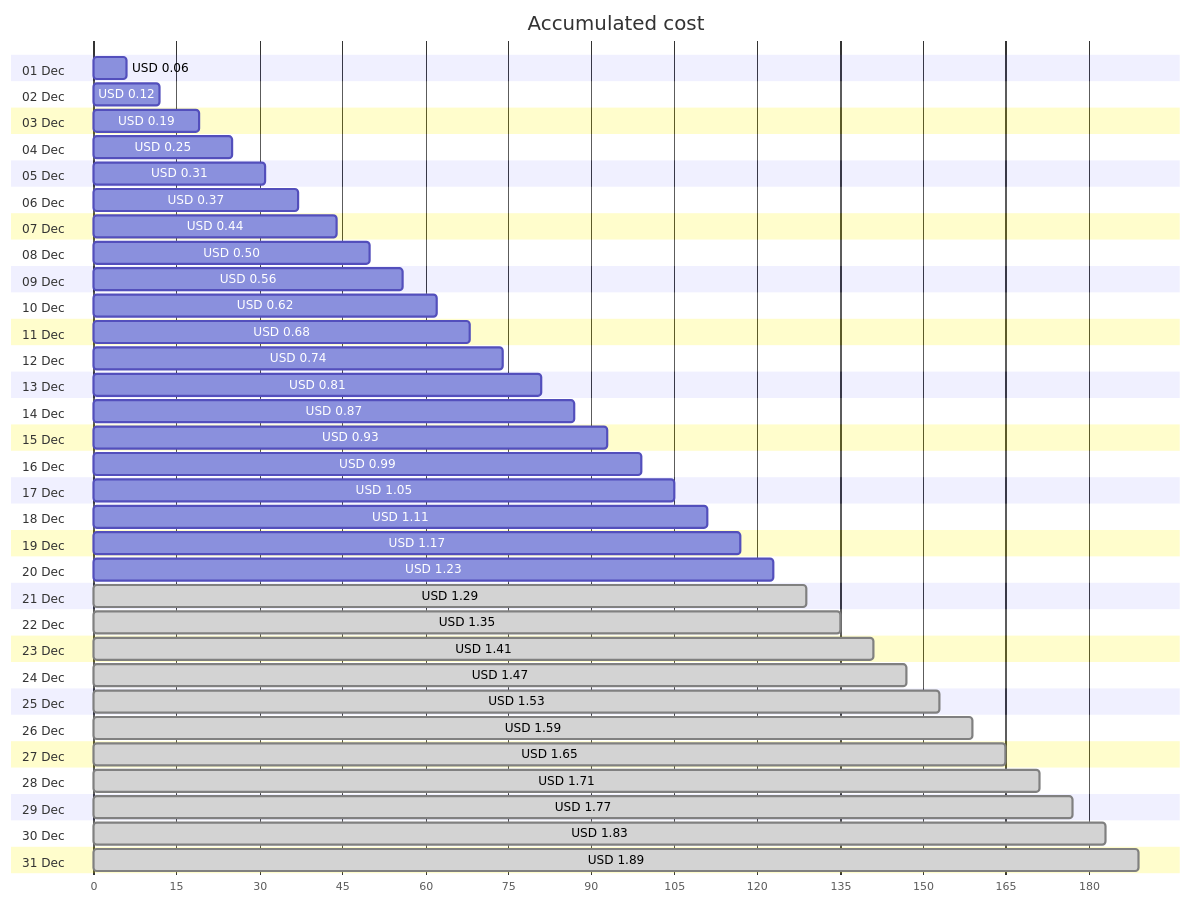
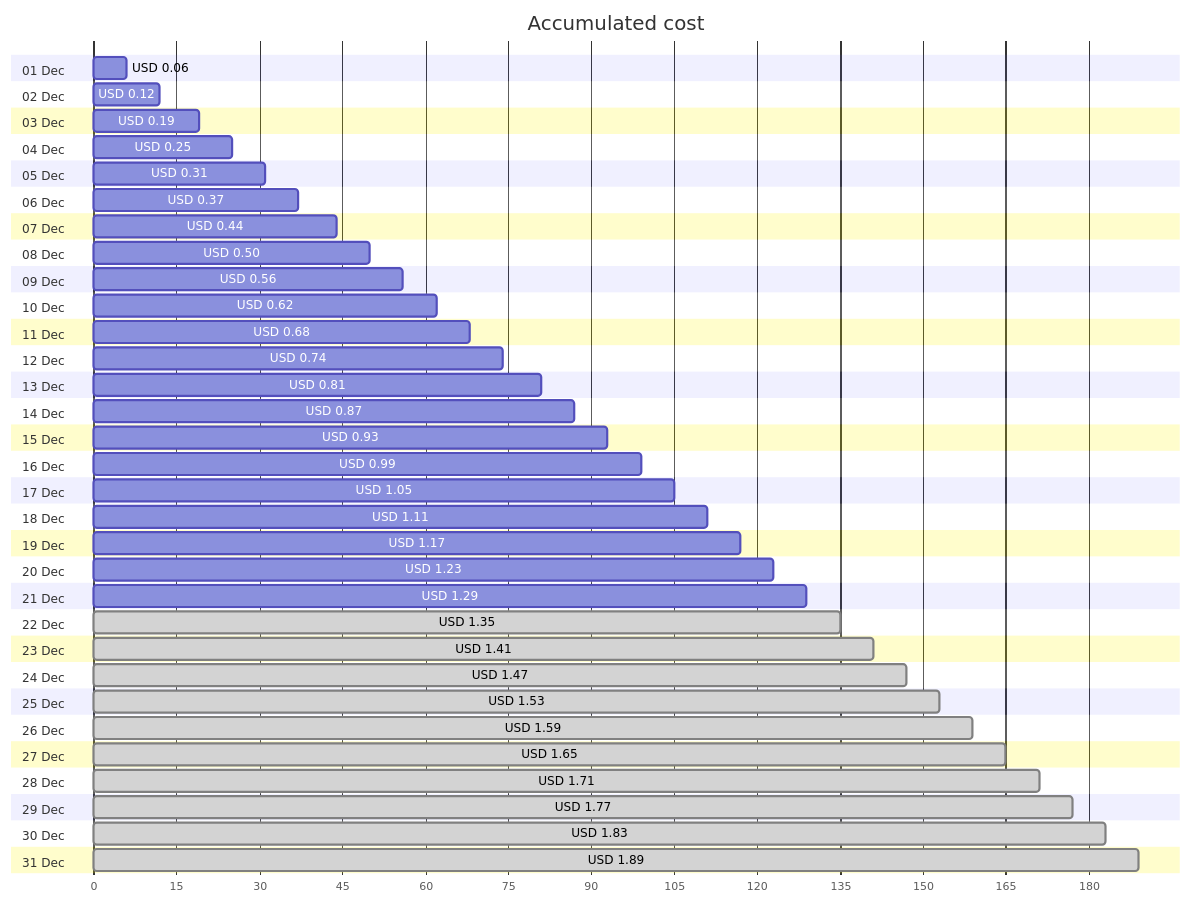
One commit to jpfulton/azure-personal-reports changed the first of 4 diagrams in cost-reports/personal-network/backup-server_OsDisk.md. Above: the diagram before and after it, drawn with Mermaid. The commit also changed other lines of this file and 8 other files, not shown here.

````diff
--- a/cost-reports/personal-network/backup-server_OsDisk.md
+++ b/cost-reports/personal-network/backup-server_OsDisk.md
@@ -20,68 +20,68 @@
 ```mermaid
 gantt
    title Accumulated cost
    dateFormat  X
    axisFormat %s
    section 01 Dec
    USD 0.06 :0, 6
    section 02 Dec
    USD 0.12 :0, 12
    section 03 Dec
    USD 0.19 :0, 19
    section 04 Dec
    USD 0.25 :0, 25
    section 05 Dec
    USD 0.31 :0, 31
    section 06 Dec
    USD 0.37 :0, 37
    section 07 Dec
    USD 0.44 :0, 44
    section 08 Dec
    USD 0.50 :0, 50
    section 09 Dec
    USD 0.56 :0, 56
    section 10 Dec
    USD 0.62 :0, 62
    section 11 Dec
    USD 0.68 :0, 68
    section 12 Dec
    USD 0.74 :0, 74
    section 13 Dec
    USD 0.81 :0, 81
    section 14 Dec
    USD 0.87 :0, 87
    section 15 Dec
    USD 0.93 :0, 93
    section 16 Dec
    USD 0.99 :0, 99
    section 17 Dec
    USD 1.05 :0, 105
    section 18 Dec
    USD 1.11 :0, 111
    section 19 Dec
    USD 1.17 :0, 117
    section 20 Dec
    USD 1.23 :0, 123
    section 21 Dec
-   USD 1.29 : done, 0, 129
+   USD 1.29 :0, 129
    section 22 Dec
    USD 1.35 : done, 0, 135
    section 23 Dec
    USD 1.41 : done, 0, 141
    section 24 Dec
    USD 1.47 : done, 0, 147
    section 25 Dec
    USD 1.53 : done, 0, 153
    section 26 Dec
    USD 1.59 : done, 0, 159
    section 27 Dec
    USD 1.65 : done, 0, 165
    section 28 Dec
    USD 1.71 : done, 0, 171
    section 29 Dec
    USD 1.77 : done, 0, 177
    section 30 Dec
    USD 1.83 : done, 0, 183
    section 31 Dec
    USD 1.89 : done, 0, 189
 ```
````
